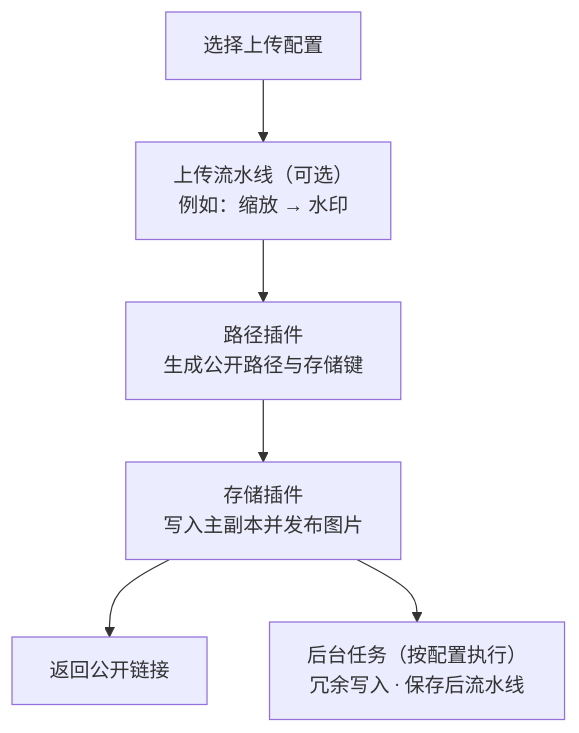
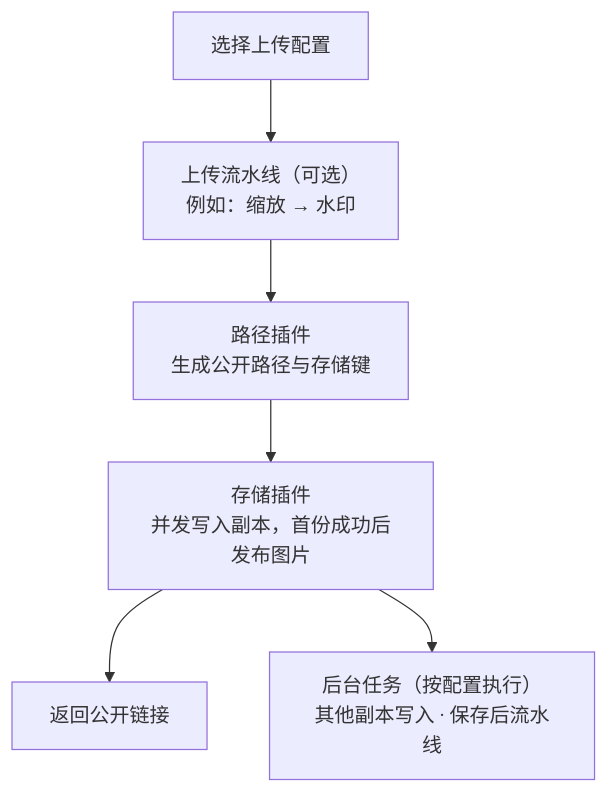
One commit to llleixx/picloom changed the first of 2 diagrams in docs/guide/concepts.md. Above: the diagram before and after it, drawn with Mermaid. The commit also changed other lines of this file and 55 other files, not shown here.

````diff
--- a/docs/guide/concepts.md
+++ b/docs/guide/concepts.md
@@ -49,10 +49,10 @@
 ```mermaid
 flowchart TD
     accTitle: 图片上传流程
-    accDescr: 选择上传配置后，执行上传处理、生成路径、写入主副本并发布图片。随后返回公开链接，冗余写入与保存后流水线分别在后台调度。
+    accDescr: 选择上传配置后，执行上传处理、生成路径、并发写入副本，首份成功后发布图片。随后返回公开链接，其他副本继续写入，保存后流水线开始调度。
     profile["选择上传配置"] --> upload["上传流水线（可选）<br/>例如：缩放 → 水印"]
     upload --> path["路径插件<br/>生成公开路径与存储键"]
-    path --> storage["存储插件<br/>写入主副本并发布图片"]
+    path --> storage["存储插件<br/>并发写入副本，首份成功后发布图片"]
     storage --> link["返回公开链接"]
-    storage --> background["后台任务（按配置执行）<br/>冗余写入 · 保存后流水线"]
+    storage --> background["后台任务（按配置执行）<br/>其他副本写入 · 保存后流水线"]
 ```
````
